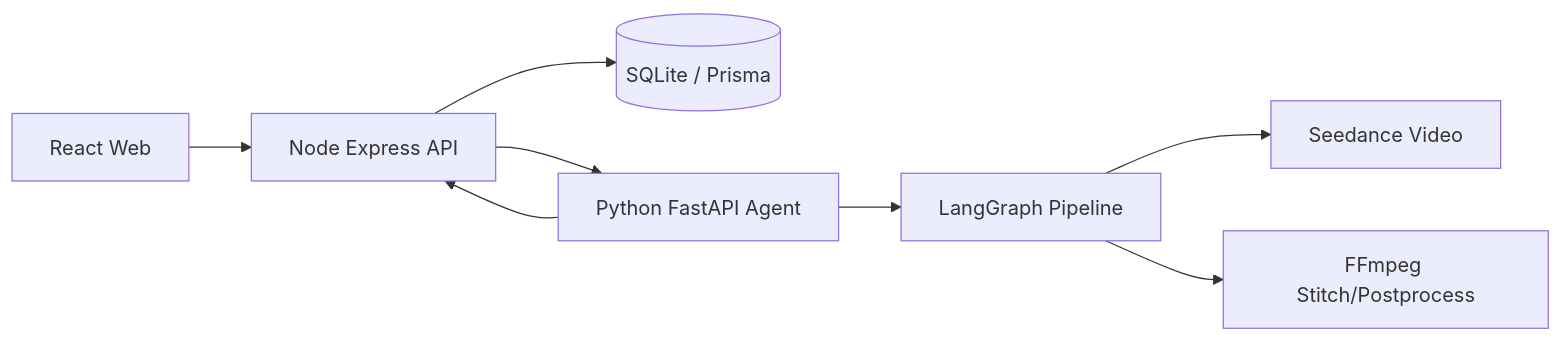
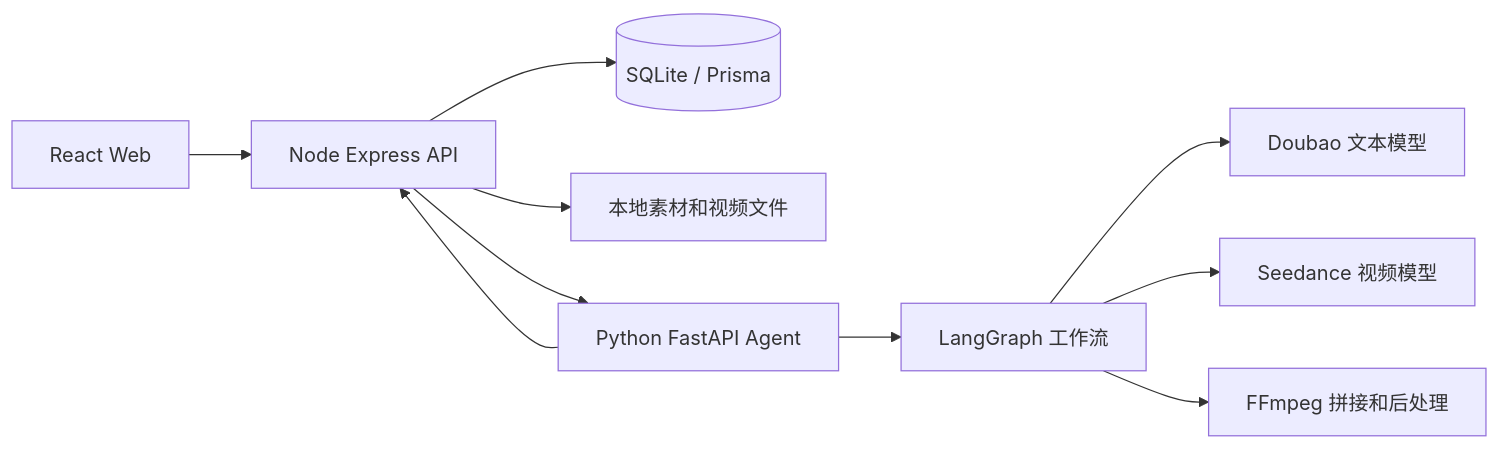
Before and after one commit to xiaoyugangg/tiktok_shop: the diagram in README.md, drawn with Mermaid. The commit also changed other lines of this file and 1 other file, not shown here.

````diff
--- a/README.md
+++ b/README.md
@@ -206,10 +41,12 @@
 ```mermaid
 flowchart LR
   Web[React Web] --> API[Node Express API]
   API --> DB[(SQLite / Prisma)]
+  API --> Storage[本地素材和视频文件]
   API --> Agent[Python FastAPI Agent]
-  Agent --> Graph[LangGraph Pipeline]
-  Graph --> Seedance[Seedance Video]
-  Graph --> FFmpeg[FFmpeg Stitch/Postprocess]
+  Agent --> Graph[LangGraph 工作流]
+  Graph --> Text[Doubao 文本模型]
+  Graph --> Video[Seedance 视频模型]
+  Graph --> FFmpeg[FFmpeg 拼接和后处理]
   Agent --> API
 ```
````
